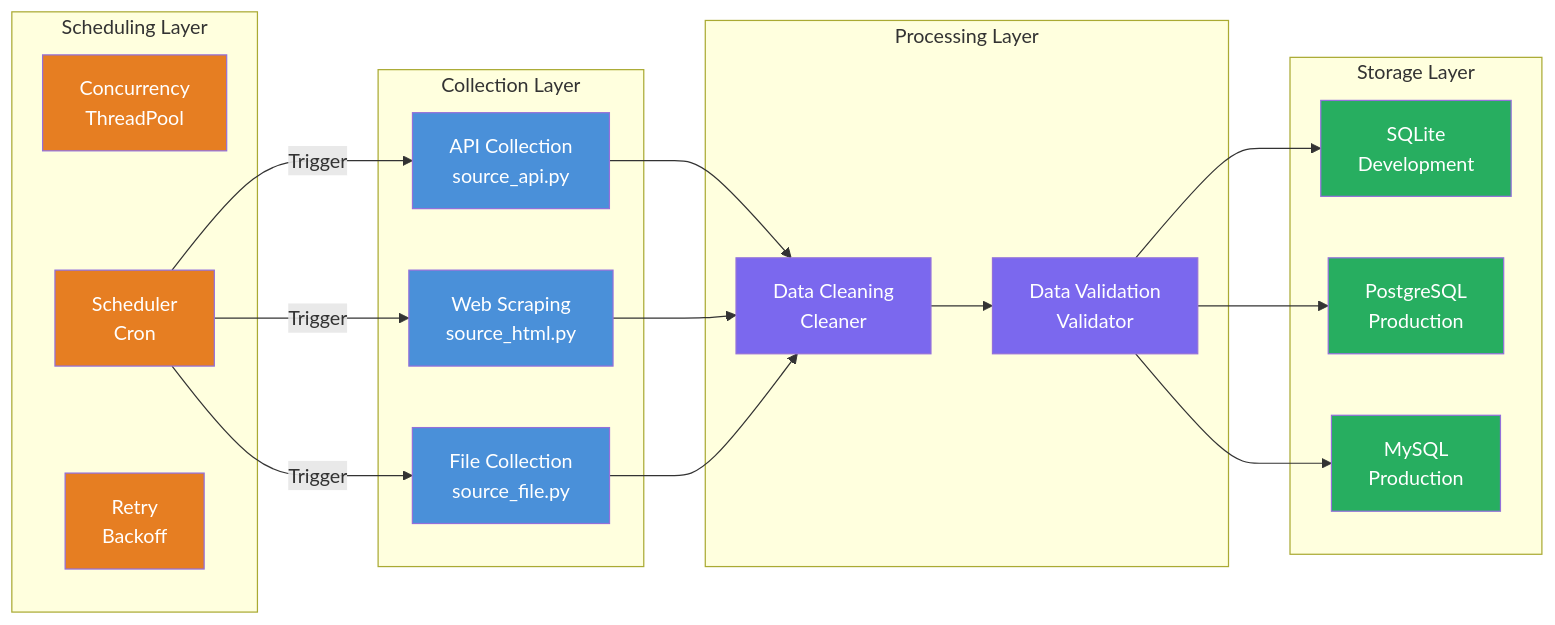
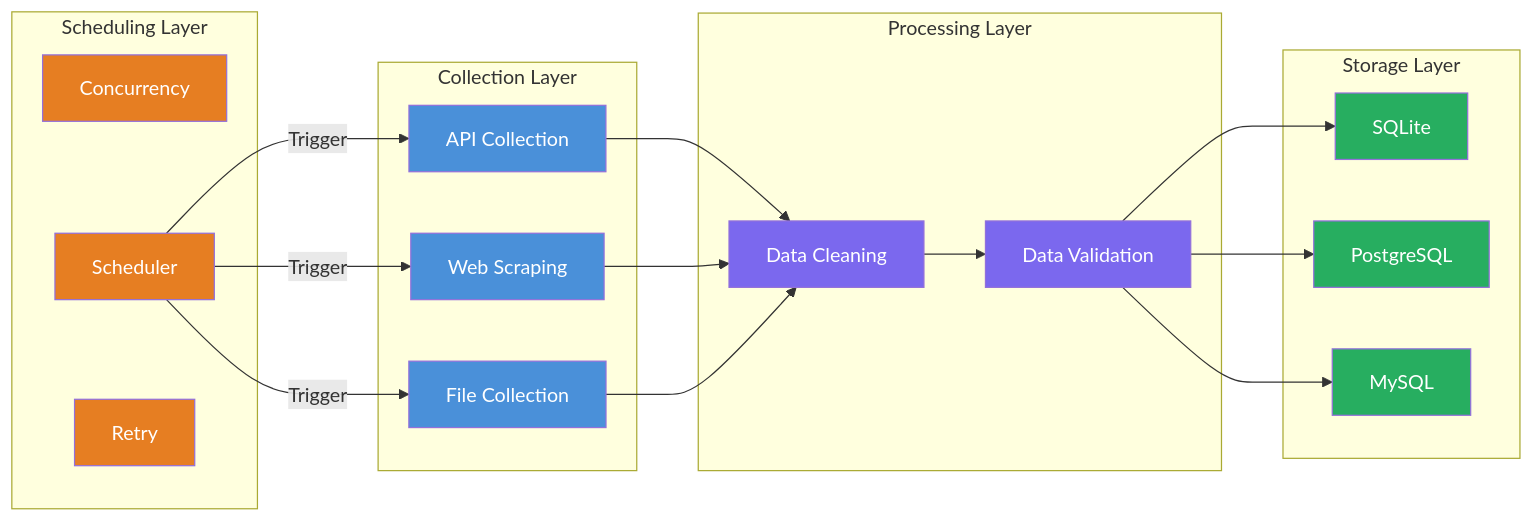
Before and after one commit to hollson/spider_awesome: the diagram in README.en.md, drawn with Mermaid. The commit also changed 1 other file, not shown here.

Commit message:
docs: simplify mermaid chart labels in readme files
remove redundant subtitle lines from flowchart nodes in both zh-cn and en readme files, clean up unnecessary empty line in chinese readme

````diff
--- a/README.en.md
+++ b/README.en.md
@@ -30,42 +30,42 @@
 ```mermaid
 graph LR
     subgraph Collection Layer
-        A1["API Collection<br/>source_api.py"]
-        A2["Web Scraping<br/>source_html.py"]
-        A3["File Collection<br/>source_file.py"]
+        A1["API Collection"]
+        A2["Web Scraping"]
+        A3["File Collection"]
     end
 
     subgraph Processing Layer
-        B1["Data Cleaning<br/>Cleaner"]
-        B2["Data Validation<br/>Validator"]
+        B1["Data Cleaning"]
+        B2["Data Validation"]
     end
 
     subgraph Storage Layer
-        C1["SQLite<br/>Development"]
-        C2["PostgreSQL<br/>Production"]
-        C3["MySQL<br/>Production"]
+        C1["SQLite"]
+        C2["PostgreSQL"]
+        C3["MySQL"]
     end
 
     subgraph Scheduling Layer
-        D1["Concurrency<br/>ThreadPool"]
-        D2["Scheduler<br/>Cron"]
-        D3["Retry<br/>Backoff"]
+        D1["Concurrency"]
+        D2["Scheduler"]
+        D3["Retry"]
     end
 
     A1 & A2 & A3 --> B1
     B1 --> B2
     B2 --> C1 & C2 & C3
     D2 -->|Trigger| A1 & A2 & A3
 
     style A1 fill:#4A90D9,color:#fff
     style A2 fill:#4A90D9,color:#fff
     style A3 fill:#4A90D9,color:#fff
     style B1 fill:#7B68EE,color:#fff
     style B2 fill:#7B68EE,color:#fff
     style C1 fill:#27AE60,color:#fff
     style C2 fill:#27AE60,color:#fff
     style C3 fill:#27AE60,color:#fff
     style D1 fill:#E67E22,color:#fff
     style D2 fill:#E67E22,color:#fff
     style D3 fill:#E67E22,color:#fff
 ```
````
